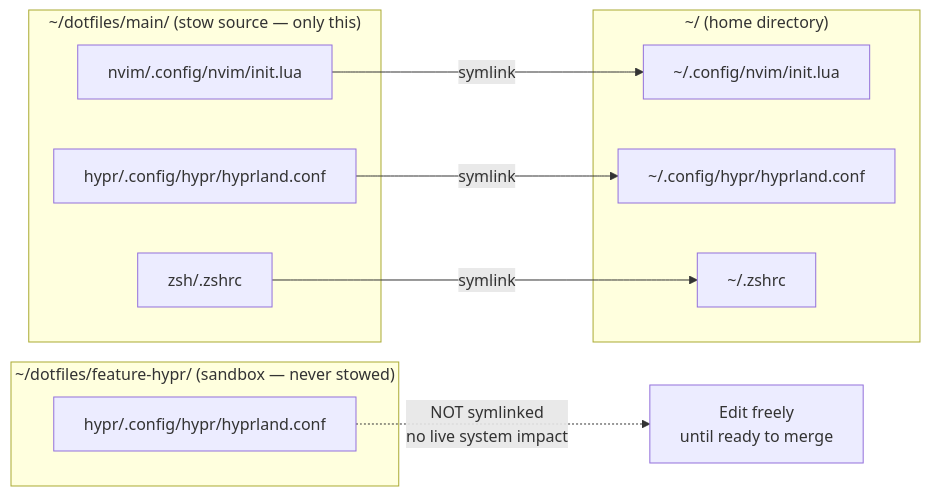
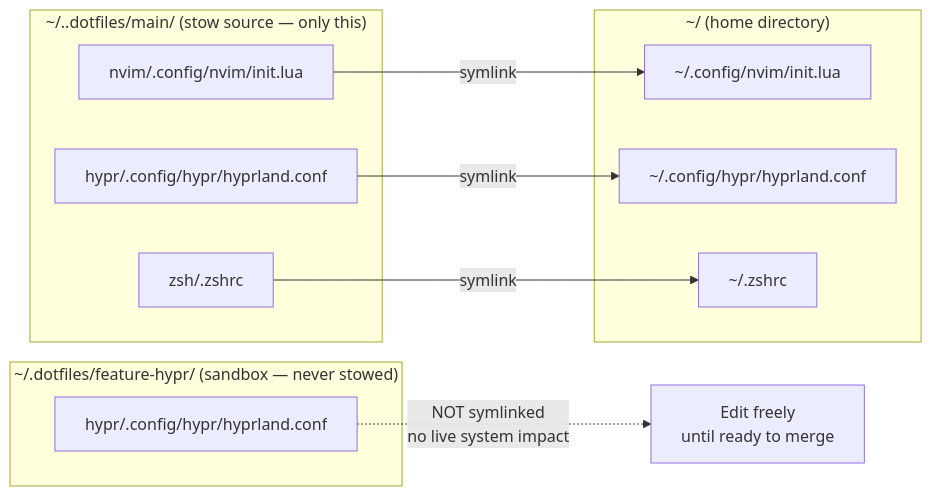
One commit to fcmiranda/.dotfiles changed the third of 4 diagrams in git-worktree-guide.md. Above: the diagram before and after it, drawn with Mermaid. The commit also changed other lines of this file and 4 other files, not shown here.

````diff
--- a/git-worktree-guide.md
+++ b/git-worktree-guide.md
@@ -132,24 +132,24 @@
 ```mermaid
 flowchart LR
-    subgraph main ["~/dotfiles/main/ (stow source — only this)"]
+    subgraph main ["~/..dotfiles/main/ (stow source — only this)"]
         N["nvim/.config/nvim/init.lua"]
         H["hypr/.config/hypr/hyprland.conf"]
         Z["zsh/.zshrc"]
     end
 
     subgraph home ["~/ (home directory)"]
         LN["~/.config/nvim/init.lua"]
         LH["~/.config/hypr/hyprland.conf"]
         LZ["~/.zshrc"]
     end
 
     N -- symlink --> LN
     H -- symlink --> LH
     Z -- symlink --> LZ
 
-    subgraph worktree ["~/dotfiles/feature-hypr/ (sandbox — never stowed)"]
+    subgraph worktree ["~/.dotfiles/feature-hypr/ (sandbox — never stowed)"]
         FH["hypr/.config/hypr/hyprland.conf"]
     end
 
     FH -. "NOT symlinked\nno live system impact" .-> WT_NOTE["Edit freely\nuntil ready to merge"]
 ```
````
